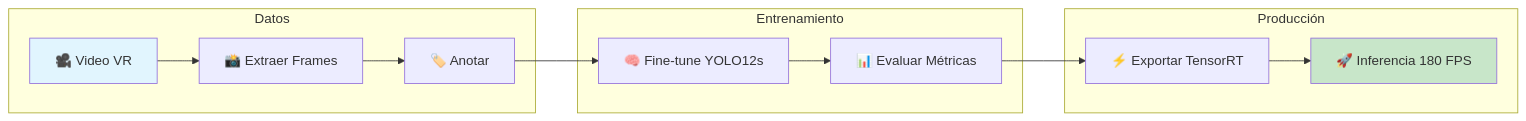
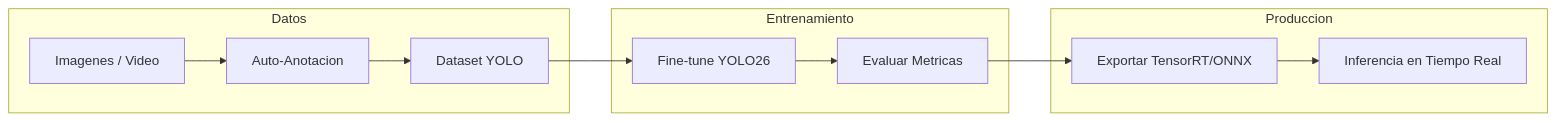
The diagram in README.md (robertteleng/vision-fine-tuning), drawn with Mermaid before and after one commit. The commit also changed other lines of this file, not shown here.

First line of the commit message:
docs: rewrite README.md for universal fine-tuning framework

````diff
--- a/README.md
+++ b/README.md
@@ -9,20 +9,17 @@
 ```mermaid
 flowchart LR
     subgraph Datos
-        A[🎥 Video VR] --> B[📸 Extraer Frames]
-        B --> C[🏷️ Anotar]
+        A[Imagenes / Video] --> B[Auto-Anotacion]
+        B --> C[Dataset YOLO]
     end
 
     subgraph Entrenamiento
-        C --> D[🧠 Fine-tune YOLO12s]
-        D --> E[📊 Evaluar Métricas]
+        C --> D[Fine-tune YOLO26]
+        D --> E[Evaluar Metricas]
     end
 
-    subgraph Producción
-        E --> F[⚡ Exportar TensorRT]
-        F --> G[🚀 Inferencia 180 FPS]
+    subgraph Produccion
+        E --> F[Exportar TensorRT/ONNX]
+        F --> G[Inferencia en Tiempo Real]
     end
-
-    style A fill:#e1f5fe
-    style G fill:#c8e6c9
 ```
````
